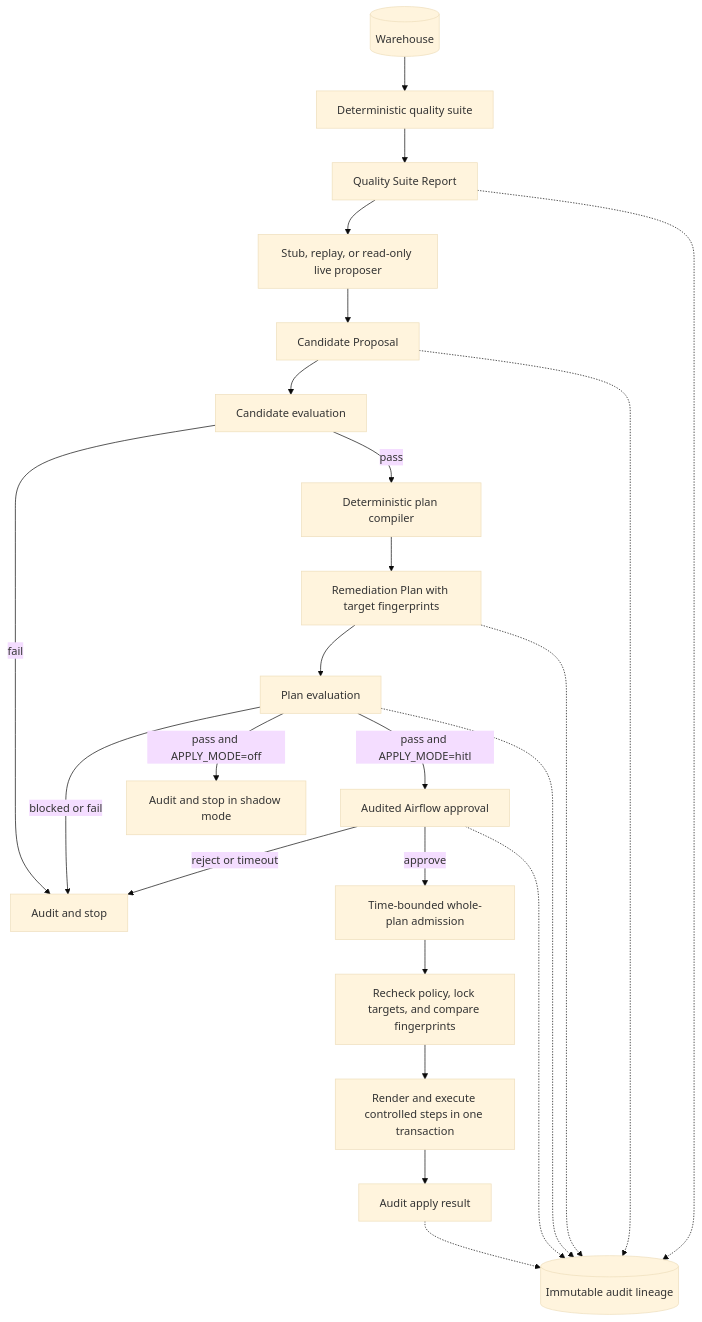
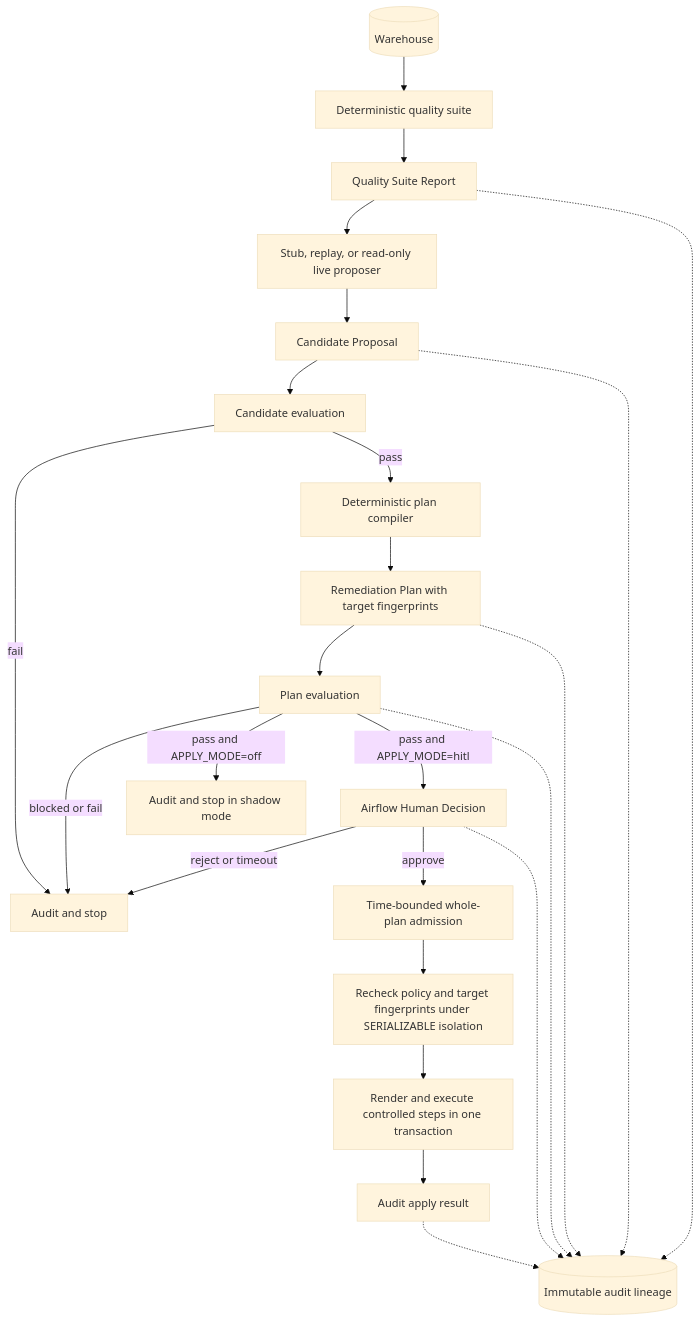
Before and after one commit to youzaina001/airflow-dq-agent: the first of 2 diagrams in README.md, drawn with Mermaid (base theme). The commit also changed other lines of this file and 12 other files, not shown here.

Commit message:
feat(hitl): recover committed quarantine after Airflow crash (#80)

````diff
--- a/README.md
+++ b/README.md
@@ -11,27 +12,27 @@
 ```mermaid
 flowchart TD
   warehouse[(Warehouse)] --> suite[Deterministic quality suite]
   suite --> report[Quality Suite Report]
   report --> proposer[Stub, replay, or read-only live proposer]
   proposer --> candidate[Candidate Proposal]
   candidate --> candidate_eval[Candidate evaluation]
   candidate_eval -->|fail| stopped[Audit and stop]
   candidate_eval -->|pass| compiler[Deterministic plan compiler]
   compiler --> plan[Remediation Plan with target fingerprints]
   plan --> plan_eval[Plan evaluation]
   plan_eval -->|blocked or fail| stopped
   plan_eval -->|pass and APPLY_MODE=off| shadow[Audit and stop in shadow mode]
-  plan_eval -->|pass and APPLY_MODE=hitl| hitl[Audited Airflow approval]
+  plan_eval -->|pass and APPLY_MODE=hitl| hitl[Airflow Human Decision]
   hitl -->|reject or timeout| stopped
   hitl -->|approve| admission[Time-bounded whole-plan admission]
-  admission --> apply[Recheck policy, lock targets, and compare fingerprints]
+  admission --> apply[Recheck policy and target fingerprints under SERIALIZABLE isolation]
   apply --> execute[Render and execute controlled steps in one transaction]
   execute --> result[Audit apply result]
 
   report -.-> lineage[(Immutable audit lineage)]
   candidate -.-> lineage
   plan -.-> lineage
   plan_eval -.-> lineage
   hitl -.-> lineage
   result -.-> lineage
 ```
````
